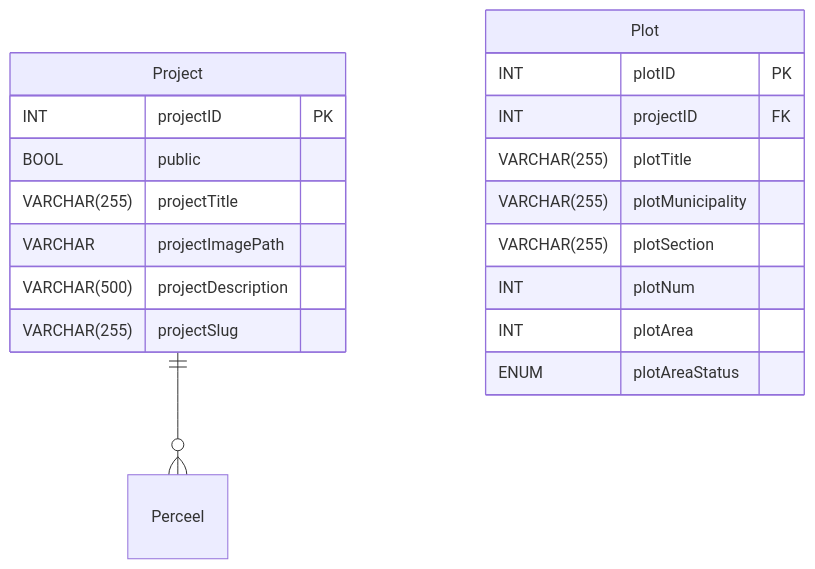
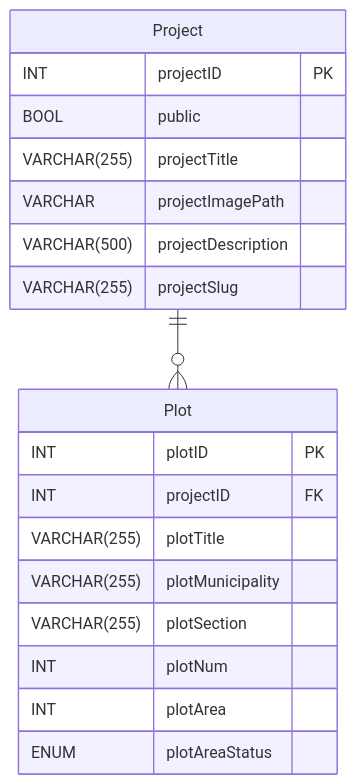
One commit to tycho26/websteen-casus changed the diagram in ERD.md. Above: the diagram before and after it, drawn with Mermaid.

Commit message:
Fixed relation issue btwn Project and Plot table.

````diff
--- a/ERD.md
+++ b/ERD.md
@@ -1,25 +1,25 @@
 ```mermaid
 erDiagram
 
 Project{
     INT projectID PK
     BOOL public
     VARCHAR(255) projectTitle
     VARCHAR projectImagePath
     VARCHAR(500) projectDescription
     VARCHAR(255) projectSlug 
 }
 
 Plot{
     INT plotID PK
     INT projectID FK
     VARCHAR(255) plotTitle
     VARCHAR(255) plotMunicipality
     VARCHAR(255) plotSection
     INT plotNum
     INT plotArea
     ENUM plotAreaStatus
 }
 
-Project || -- o{ Perceel:""
+Project || -- o{ Plot:""
 ```
````
